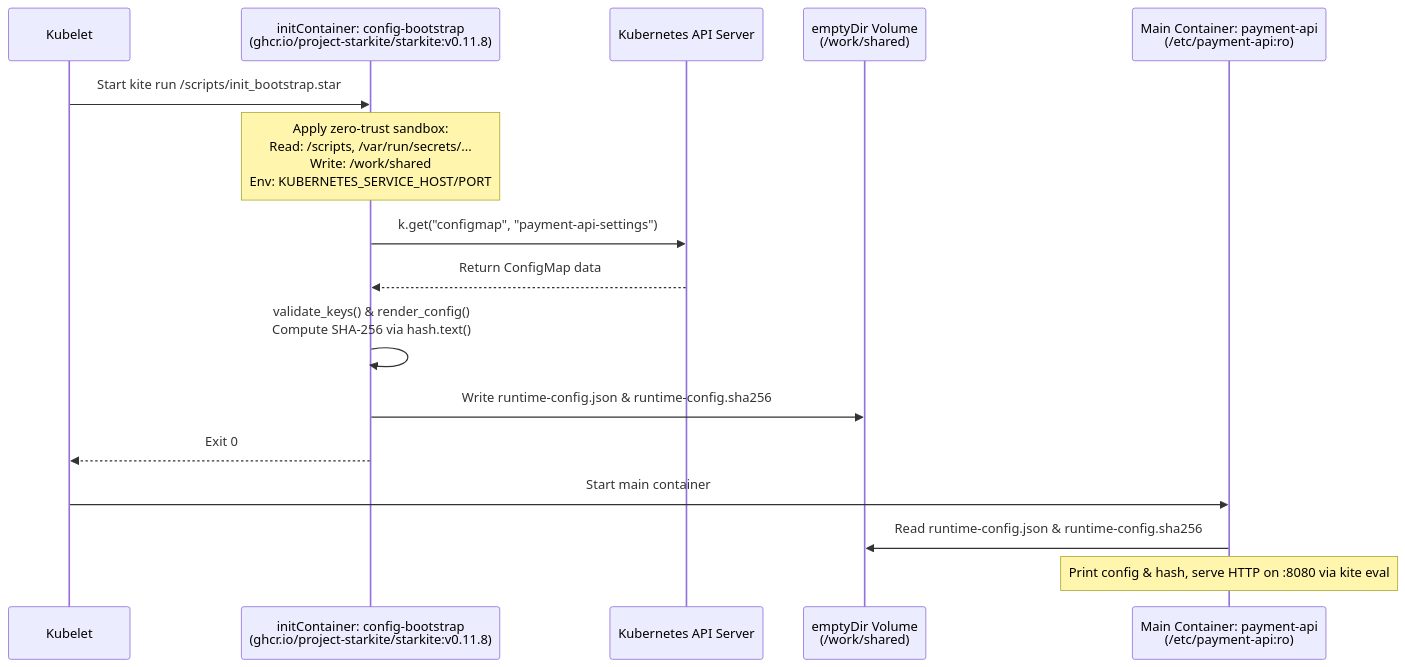
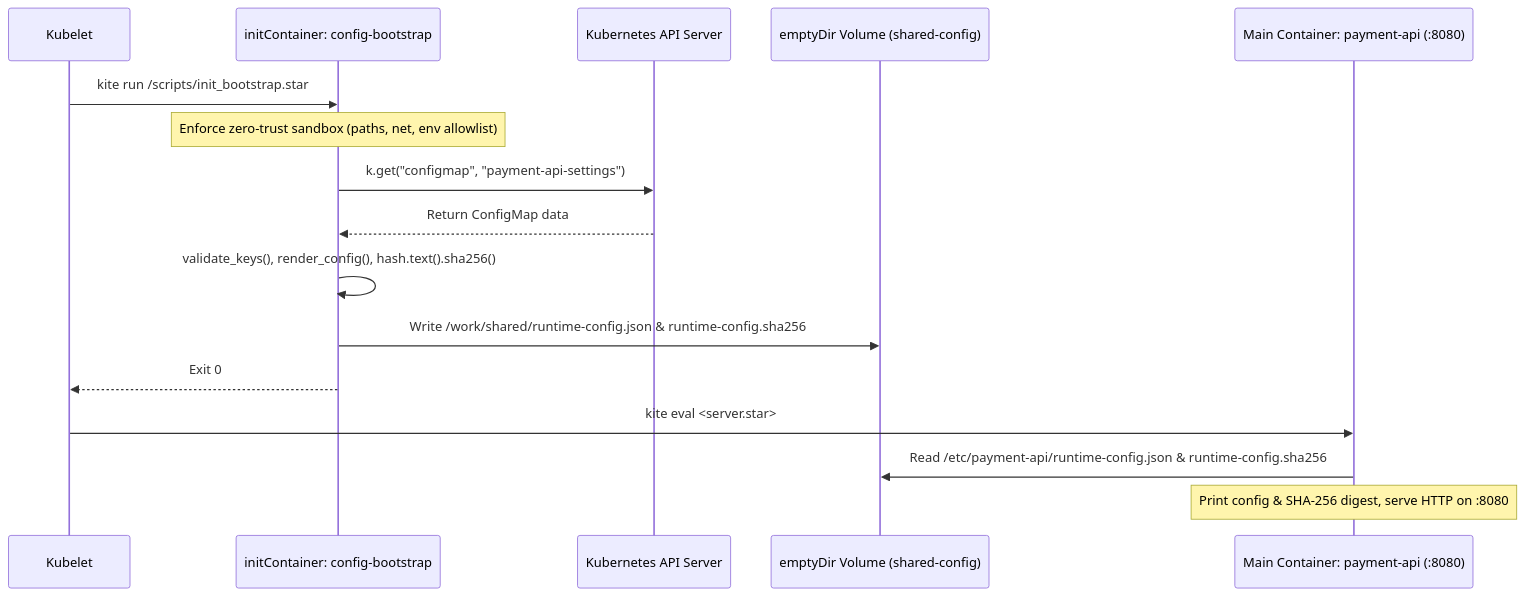
Before and after one commit to project-starkite/starkite-tutorials: the diagram in k8s/init-cluster/README.md, drawn with Mermaid. The commit also changed other lines of this file, not shown here.

Commit message:
docs(k8s): rework init-cluster tutorial guide with improved motivation and structure

````diff
--- a/k8s/init-cluster/README.md
+++ b/k8s/init-cluster/README.md
@@ -79,19 +82,19 @@
 ```mermaid
 sequenceDiagram
     participant Kubelet as Kubelet
-    participant Init as initContainer: config-bootstrap<br/>(ghcr.io/project-starkite/starkite:v0.11.8)
+    participant Init as initContainer: config-bootstrap
     participant API as Kubernetes API Server
-    participant Vol as emptyDir Volume<br/>(/work/shared)
-    participant App as Main Container: payment-api<br/>(/etc/payment-api:ro)
+    participant Vol as emptyDir Volume (shared-config)
+    participant App as Main Container: payment-api (:8080)
 
-    Kubelet->>Init: Start kite run /scripts/init_bootstrap.star
-    Note over Init: Apply zero-trust sandbox:<br/>Read: /scripts, /var/run/secrets/...<br/>Write: /work/shared<br/>Env: KUBERNETES_SERVICE_HOST/PORT
+    Kubelet->>Init: kite run /scripts/init_bootstrap.star
+    Note over Init: Enforce zero-trust sandbox (paths, net, env allowlist)
     Init->>API: k.get("configmap", "payment-api-settings")
     API-->>Init: Return ConfigMap data
-    Init->>Init: validate_keys() & render_config()<br/>Compute SHA-256 via hash.text()
-    Init->>Vol: Write runtime-config.json & runtime-config.sha256
+    Init->>Init: validate_keys(), render_config(), hash.text().sha256()
+    Init->>Vol: Write /work/shared/runtime-config.json & runtime-config.sha256
     Init-->>Kubelet: Exit 0
-    Kubelet->>App: Start main container
-    App->>Vol: Read runtime-config.json & runtime-config.sha256
-    Note over App: Print config & hash, serve HTTP on :8080 via kite eval
+    Kubelet->>App: kite eval <server.star>
+    App->>Vol: Read /etc/payment-api/runtime-config.json & runtime-config.sha256
+    Note over App: Print config & SHA-256 digest, serve HTTP on :8080
 ```
````
